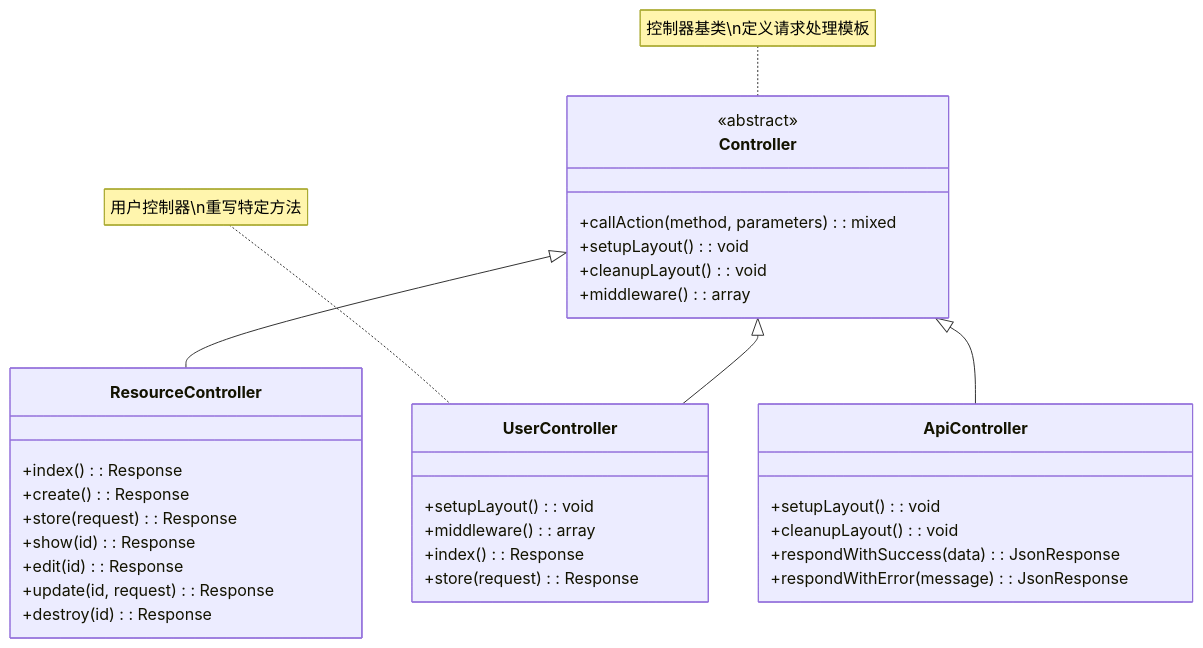
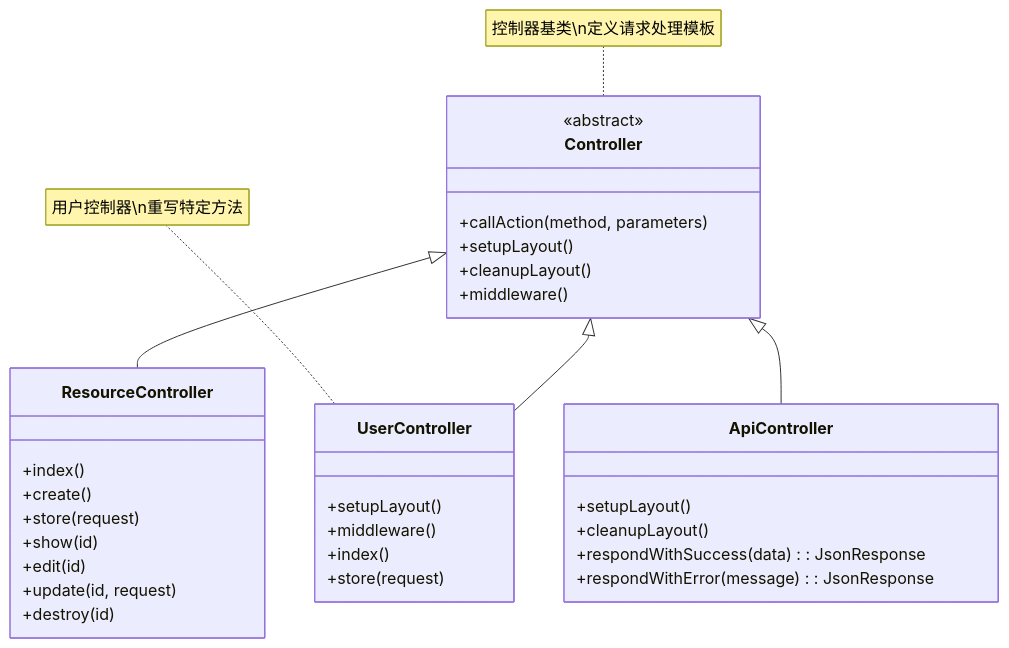
One commit to fanly/DesignPattern changed the second of 7 diagrams in resources/design-patterns/laravel/behavioral/template_method_zh.md. Above: the diagram before and after it, drawn with Mermaid. The commit also changed other lines of this file and 103 other files, not shown here.

````diff
--- a/resources/design-patterns/laravel/behavioral/template_method_zh.md
+++ b/resources/design-patterns/laravel/behavioral/template_method_zh.md
@@ -40,41 +40,41 @@
 ```mermaid
 classDiagram
     class Controller {
         <<abstract>>
-        +callAction(method, parameters): mixed
-        +setupLayout(): void
-        +cleanupLayout(): void
-        +middleware(): array
+        +callAction(method, parameters)
+        +setupLayout()
+        +cleanupLayout()
+        +middleware()
     }
     
     class ResourceController {
-        +index(): Response
-        +create(): Response
-        +store(request): Response
-        +show(id): Response
-        +edit(id): Response
-        +update(id, request): Response
-        +destroy(id): Response
+        +index()
+        +create()
+        +store(request)
+        +show(id)
+        +edit(id)
+        +update(id, request)
+        +destroy(id)
     }
     
     class UserController {
-        +setupLayout(): void
-        +middleware(): array
-        +index(): Response
-        +store(request): Response
+        +setupLayout()
+        +middleware()
+        +index()
+        +store(request)
     }
     
     class ApiController {
-        +setupLayout(): void
-        +cleanupLayout(): void
+        +setupLayout()
+        +cleanupLayout()
         +respondWithSuccess(data): JsonResponse
         +respondWithError(message): JsonResponse
     }
     
     Controller <|-- ResourceController
     Controller <|-- UserController
     Controller <|-- ApiController
     
     note for Controller "控制器基类\n定义请求处理模板"
     note for UserController "用户控制器\n重写特定方法"
 ```
````
